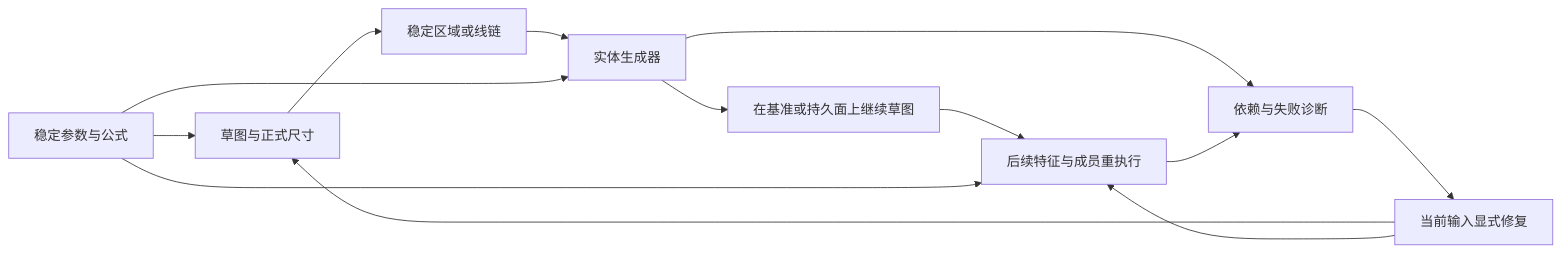
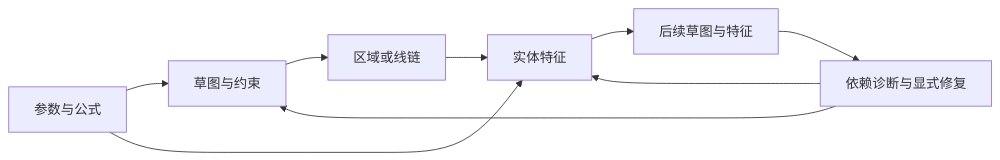
One commit to cossoledad/occccad changed the diagram in docs/architecture/current/part-design-workflow.md. Above: the diagram before and after it, drawn with Mermaid. The commit also changed other lines of this file and 12 other files, not shown here.

````diff
--- a/docs/architecture/current/part-design-workflow.md
+++ b/docs/architecture/current/part-design-workflow.md
@@ -7,15 +7,11 @@
 ```mermaid
 flowchart LR
-    P[稳定参数与公式] --> S1[草图与正式尺寸]
-    S1 --> R[稳定区域或线链]
-    R --> F1[实体生成器]
-    F1 --> S2[在基准或持久面上继续草图]
-    S2 --> F2[后续特征与成员重执行]
-    P --> F1
-    P --> F2
-    F1 --> D[依赖与失败诊断]
-    F2 --> D
-    D --> E[当前输入显式修复]
-    E --> S1
-    E --> F2
+    P[参数与公式] --> S[草图与约束]
+    S --> R[区域或线链]
+    R --> F[实体特征]
+    P --> F
+    F --> S2[后续草图与特征]
+    S2 --> D[依赖诊断与显式修复]
+    D --> S
+    D --> F
 ```
````
